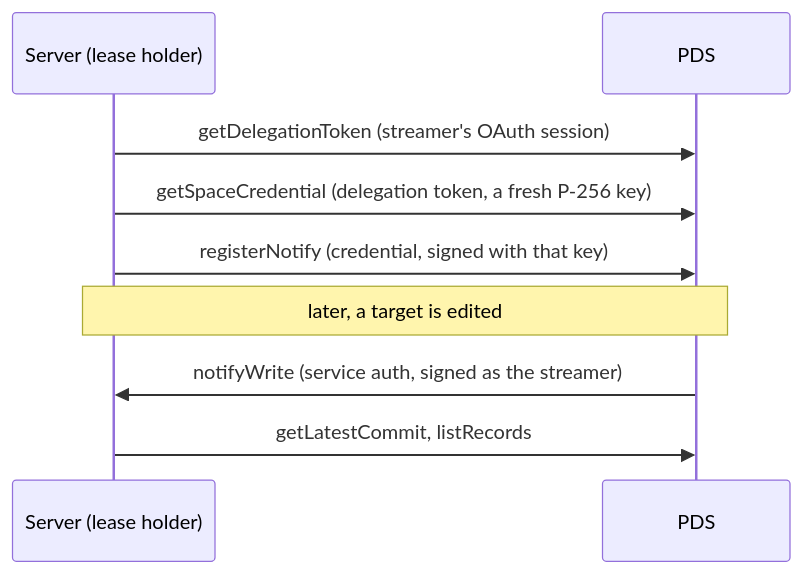
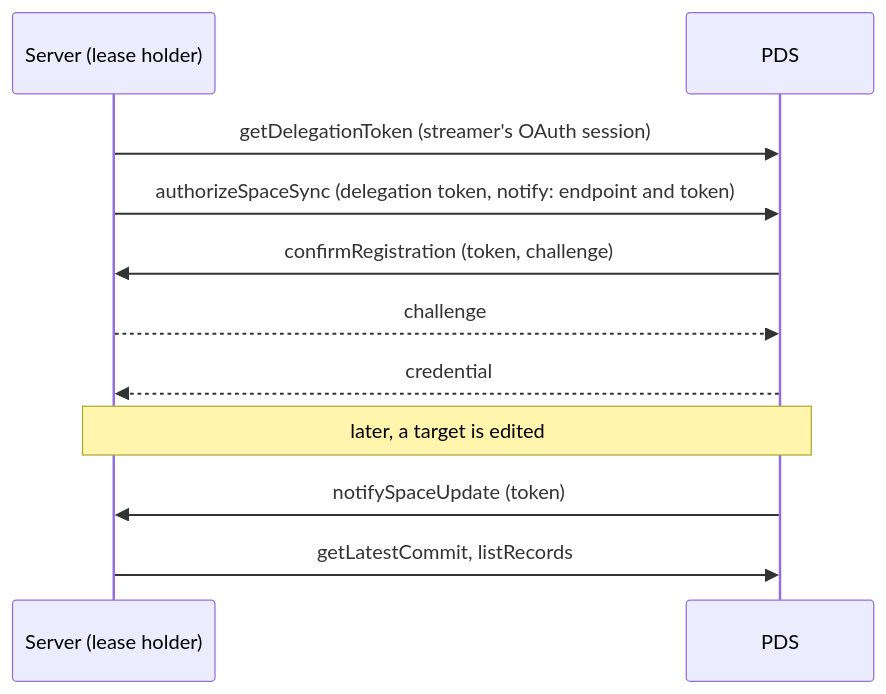
The second of 2 diagrams in docs/spaces.md (streamplace/streamplace), drawn with Mermaid before and after one commit. The commit also changed other lines of this file and 11 other files, not shown here.

````diff
--- a/docs/spaces.md
+++ b/docs/spaces.md
@@ -156,11 +156,13 @@
 ```mermaid
 sequenceDiagram
     participant Server as Server (lease holder)
     participant PDS
     Server->>PDS: getDelegationToken (streamer's OAuth session)
-    Server->>PDS: getSpaceCredential (delegation token, a fresh P-256 key)
-    Server->>PDS: registerNotify (credential, signed with that key)
+    Server->>PDS: authorizeSpaceSync (delegation token, notify: endpoint and token)
+    PDS->>Server: confirmRegistration (token, challenge)
+    Server-->>PDS: challenge
+    PDS-->>Server: credential
     Note over Server,PDS: later, a target is edited
-    PDS->>Server: notifyWrite (service auth, signed as the streamer)
+    PDS->>Server: notifySpaceUpdate (token)
     Server->>PDS: getLatestCommit, listRecords
 ```
````
